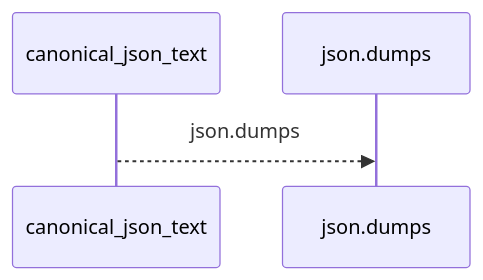
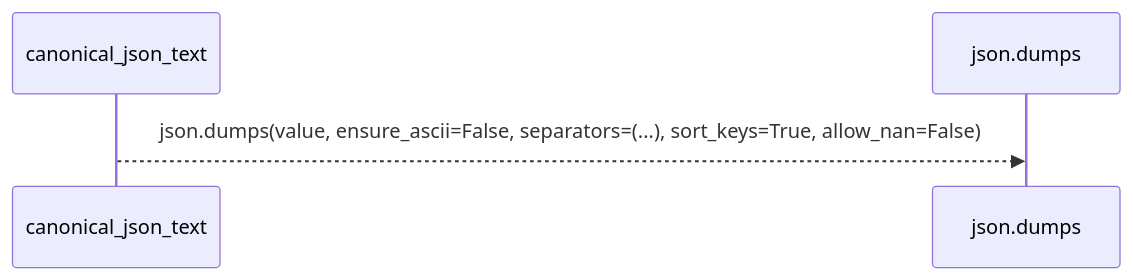
Before and after one commit to Denissvgn/python-wiki-llm: the first of 2 diagrams in docs/llm_wiki/flows/api-canonical_json_text.md, drawn with Mermaid. The commit also changed other lines of this file and 1410 other files, not shown here.

````diff
--- a/docs/llm_wiki/flows/api-canonical_json_text.md
+++ b/docs/llm_wiki/flows/api-canonical_json_text.md
@@ -10,6 +12,6 @@
 ```mermaid
 sequenceDiagram
     participant p0 as canonical_json_text
     participant p1 as json.dumps
-    p0-->>p1: json.dumps
+    p0-->>p1: json.dumps(value, ensure_ascii=False, separators=(...), sort_keys=True, allow_nan=False)
 ```
````
